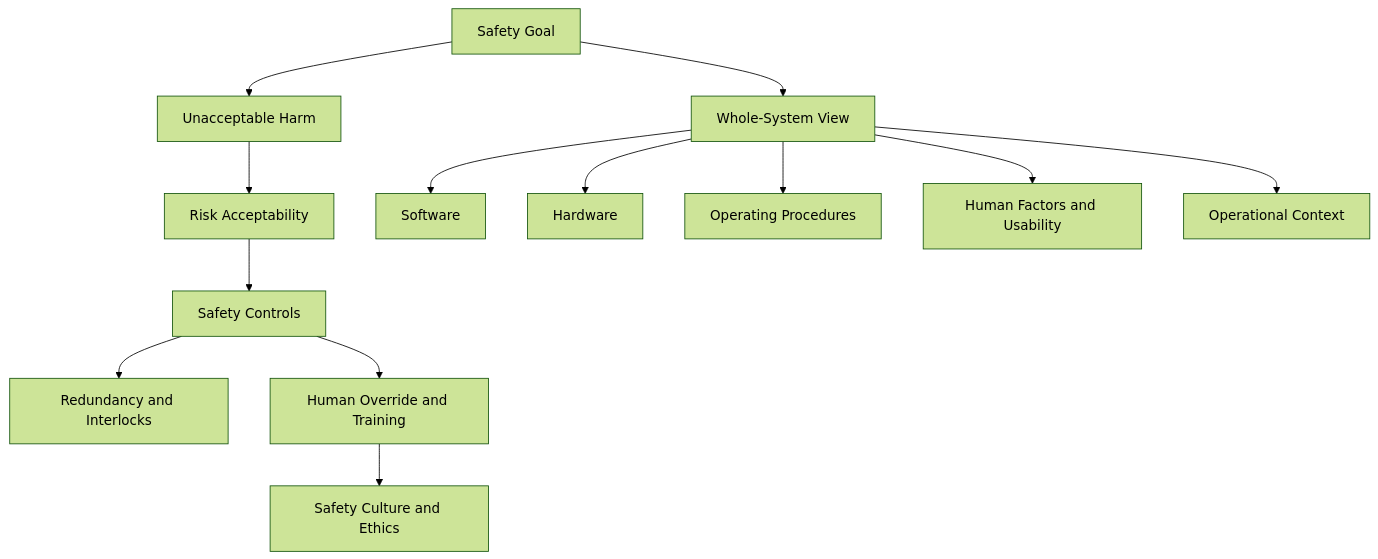
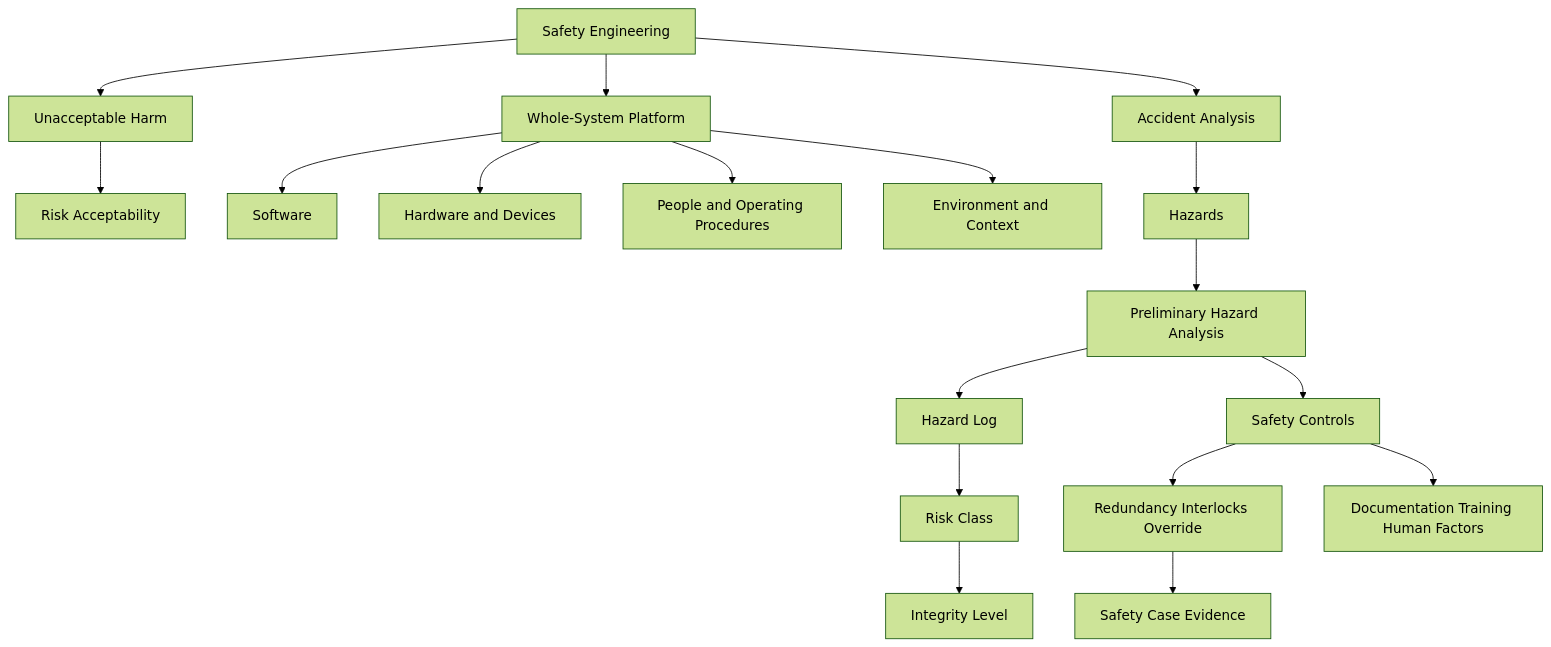
The diagram in study-agent/outputs/notes/lecture2_safety.md (sisphus/High-Integrity-Systems-Engineering--notes-and-assigments), drawn with Mermaid (forest theme) before and after one commit. The commit also changed other lines of this file and 17 other files, not shown here.

````diff
--- a/study-agent/outputs/notes/lecture2_safety.md
+++ b/study-agent/outputs/notes/lecture2_safety.md
@@ -131,15 +243,20 @@
 ```mermaid
 graph TD
-    A[Safety Goal] --> B[Unacceptable Harm]
+    A[Safety Engineering] --> B[Unacceptable Harm]
     B --> C[Risk Acceptability]
-    A --> D[Whole-System View]
+    A --> D[Whole-System Platform]
     D --> E[Software]
-    D --> F[Hardware]
-    D --> G[Operating Procedures]
-    D --> H[Human Factors and Usability]
-    D --> I[Operational Context]
-    C --> J[Safety Controls]
-    J --> K[Redundancy and Interlocks]
-    J --> L[Human Override and Training]
-    L --> M[Safety Culture and Ethics]
+    D --> F[Hardware and Devices]
+    D --> G[People and Operating Procedures]
+    D --> H[Environment and Context]
+    A --> I[Accident Analysis]
+    I --> J[Hazards]
+    J --> K[Preliminary Hazard Analysis]
+    K --> L[Hazard Log]
+    L --> M[Risk Class]
+    M --> N[Integrity Level]
+    K --> O[Safety Controls]
+    O --> P[Redundancy Interlocks Override]
+    O --> Q[Documentation Training Human Factors]
+    P --> R[Safety Case Evidence]
 ```
````
